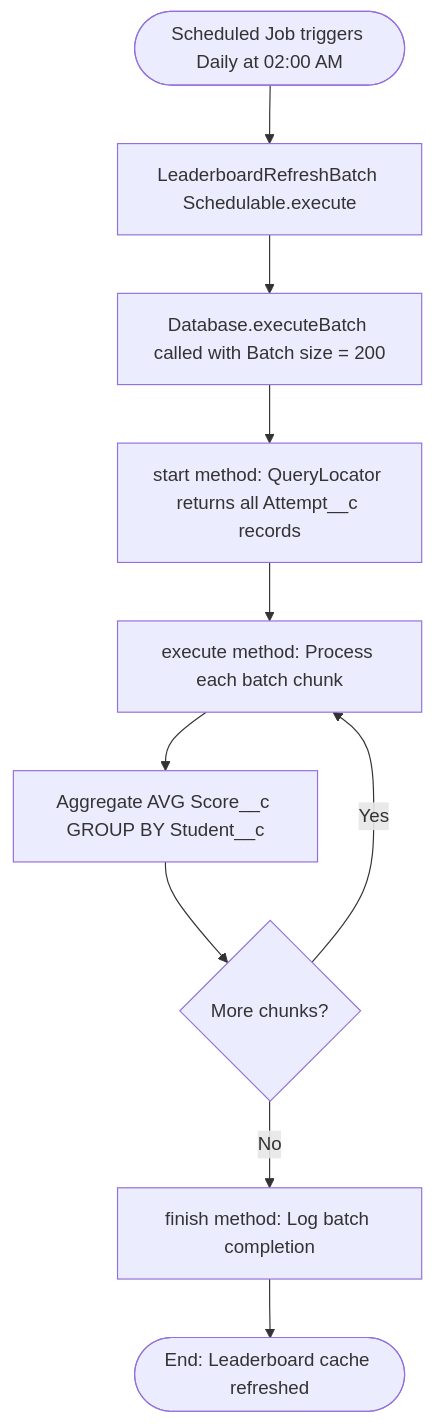
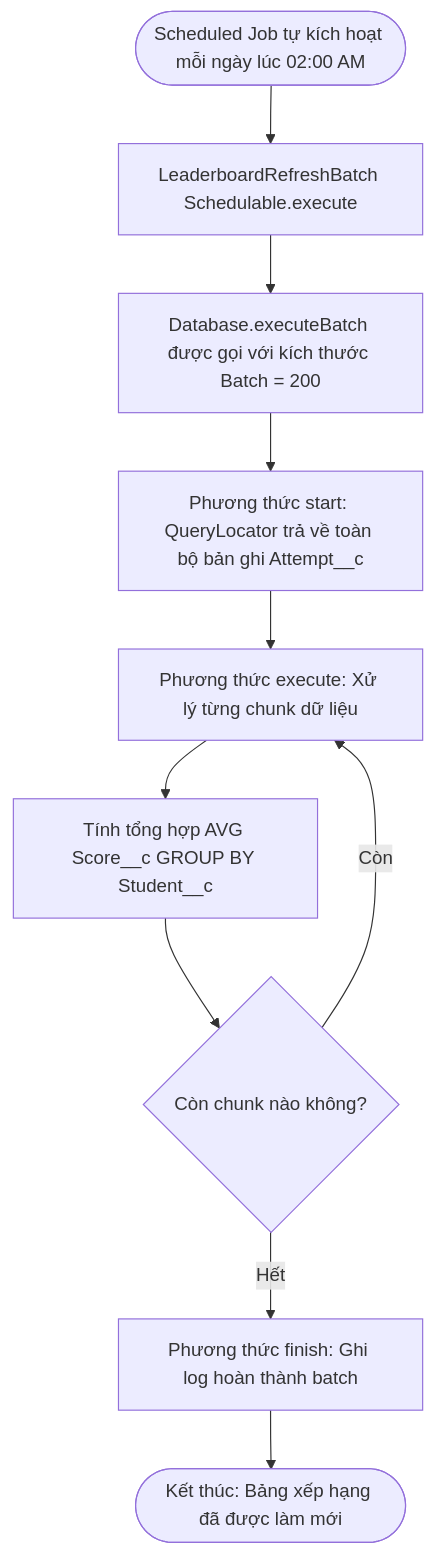
Before and after one commit to LaPhuocLoc/Salesforce-Project: the seventh of 8 diagrams in Flow.md, drawn with Mermaid. The commit also changed other lines of this file, not shown here.

Commit message:
Translate Business Process Flows to Vietnamese

````diff
--- a/Flow.md
+++ b/Flow.md
@@ -167,12 +167,12 @@
 ```mermaid
 flowchart TD
-    A([Scheduled Job triggers Daily at 02:00 AM]) --> B[LeaderboardRefreshBatch Schedulable.execute]
-    B --> C[Database.executeBatch called with Batch size = 200]
-    C --> D[start method: QueryLocator returns all Attempt__c records]
-    D --> E[execute method: Process each batch chunk]
-    E --> F[Aggregate AVG Score__c GROUP BY Student__c]
-    F --> G{More chunks?}
-    G -- Yes --> E
-    G -- No --> H[finish method: Log batch completion]
-    H --> I([End: Leaderboard cache refreshed])
+    A([Scheduled Job tự kích hoạt mỗi ngày lúc 02:00 AM]) --> B[LeaderboardRefreshBatch Schedulable.execute]
+    B --> C[Database.executeBatch được gọi với kích thước Batch = 200]
+    C --> D[Phương thức start: QueryLocator trả về toàn bộ bản ghi Attempt__c]
+    D --> E[Phương thức execute: Xử lý từng chunk dữ liệu]
+    E --> F[Tính tổng hợp AVG Score__c GROUP BY Student__c]
+    F --> G{Còn chunk nào không?}
+    G -- Còn --> E
+    G -- Hết --> H[Phương thức finish: Ghi log hoàn thành batch]
+    H --> I([Kết thúc: Bảng xếp hạng đã được làm mới])
 ```
````
